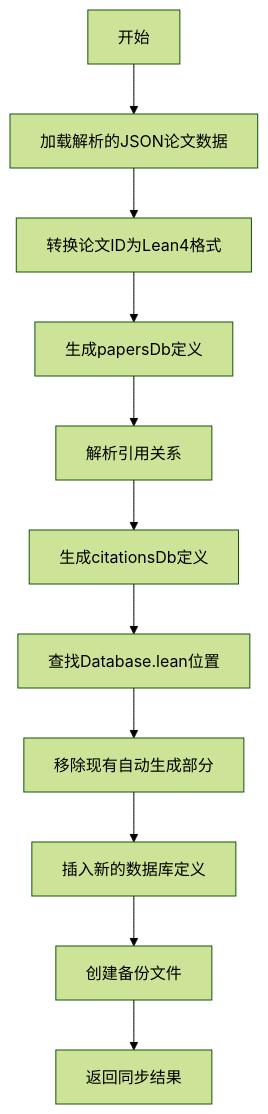
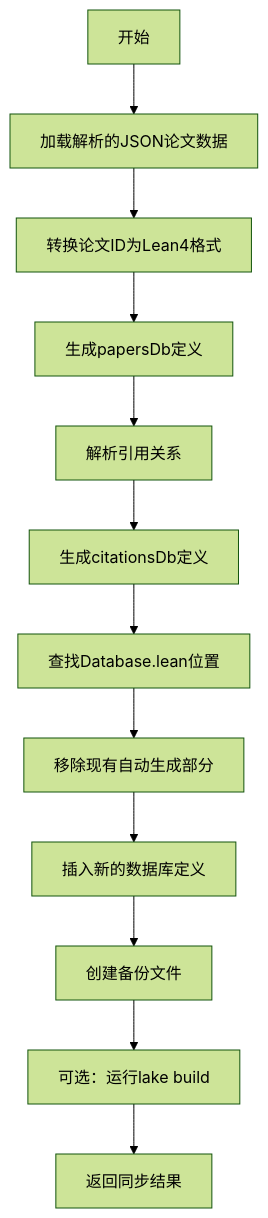
One commit to 1173591564/academic-based-qoder changed the eighth of 10 diagrams in .qoder/repowiki/zh/content/Lean4形式化系统/Lean4形式化系统.md. Above: the diagram before and after it, drawn with Mermaid (forest theme). The commit also changed other lines of this file and 37 other files, not shown here.

````diff
--- a/.qoder/repowiki/zh/content/Lean4形式化系统/Lean4形式化系统.md
+++ b/.qoder/repowiki/zh/content/Lean4形式化系统/Lean4形式化系统.md
@@ -372,13 +400,14 @@
 ```mermaid
 flowchart TD
 A["开始"] --> B["加载解析的JSON论文数据"]
 B --> C["转换论文ID为Lean4格式"]
 C --> D["生成papersDb定义"]
 D --> E["解析引用关系"]
 E --> F["生成citationsDb定义"]
 F --> G["查找Database.lean位置"]
 G --> H["移除现有自动生成部分"]
 H --> I["插入新的数据库定义"]
 I --> J["创建备份文件"]
-J --> K["返回同步结果"]
+J --> K["可选：运行lake build"]
+K --> L["返回同步结果"]
 ```
````
